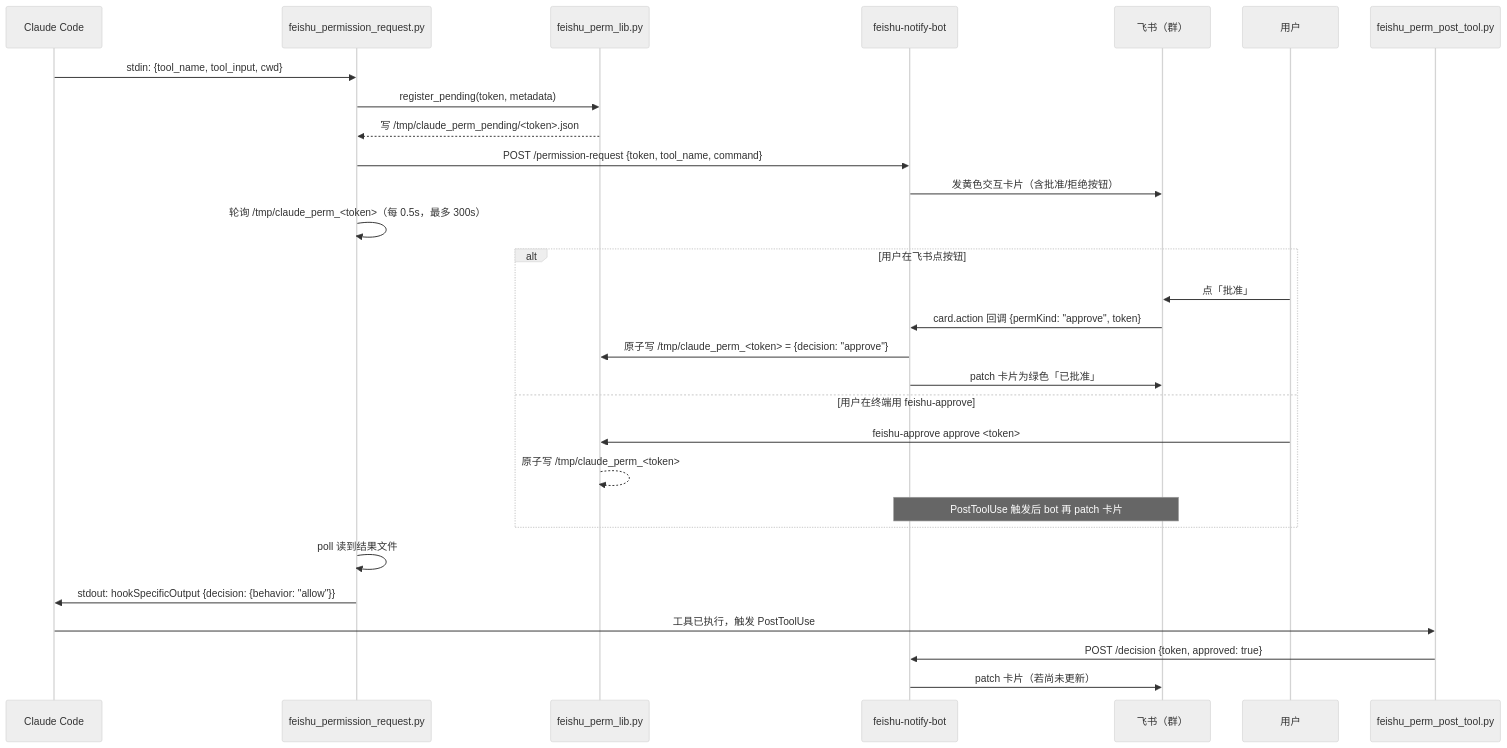
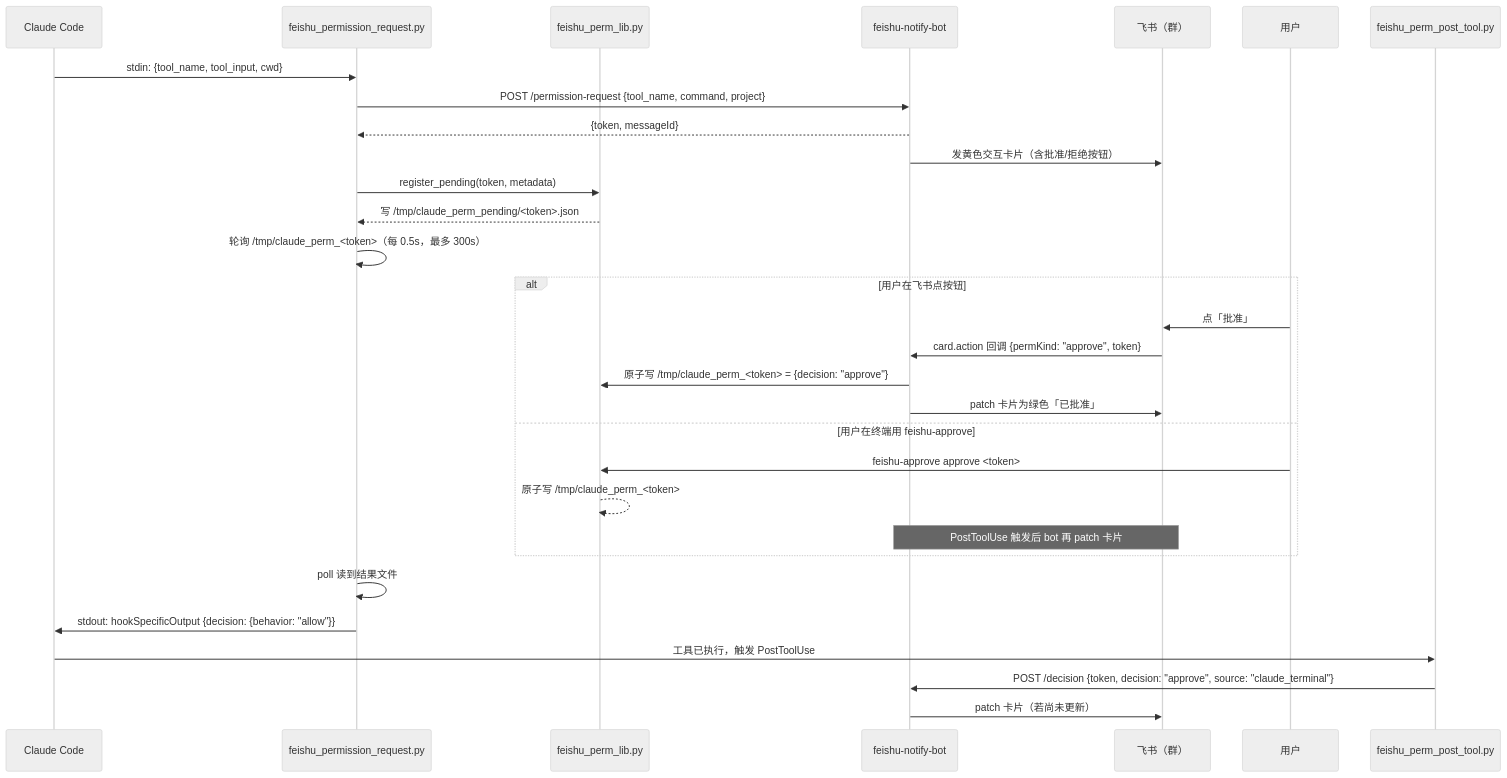
The first of 3 diagrams in feishu-notify/ARCHITECTURE.md (lazyman54/agent-skills), drawn with Mermaid (neutral theme) before and after one commit. The commit also changed other lines of this file, not shown here.

Commit message:
docs: fix ARCHITECTURE.md technical accuracy (token flow, payloads, feishu-approve)

````diff
--- a/feishu-notify/ARCHITECTURE.md
+++ b/feishu-notify/ARCHITECTURE.md
@@ -73,34 +73,35 @@
 ```mermaid
 sequenceDiagram
   participant C as Claude Code
   participant PR as feishu_permission_request.py
   participant LIB as feishu_perm_lib.py
   participant BOT as feishu-notify-bot
   participant F as 飞书（群）
   participant U as 用户
   participant PT as feishu_perm_post_tool.py
 
   C->>PR: stdin: {tool_name, tool_input, cwd}
+  PR->>BOT: POST /permission-request {tool_name, command, project}
+  BOT-->>PR: {token, messageId}
+  BOT->>F: 发黄色交互卡片（含批准/拒绝按钮）
   PR->>LIB: register_pending(token, metadata)
   LIB-->>PR: 写 /tmp/claude_perm_pending/<token>.json
-  PR->>BOT: POST /permission-request {token, tool_name, command}
-  BOT->>F: 发黄色交互卡片（含批准/拒绝按钮）
   PR->>PR: 轮询 /tmp/claude_perm_<token>（每 0.5s，最多 300s）
 
   alt 用户在飞书点按钮
     U->>F: 点「批准」
     F->>BOT: card.action 回调 {permKind: "approve", token}
     BOT->>LIB: 原子写 /tmp/claude_perm_<token> = {decision: "approve"}
     BOT->>F: patch 卡片为绿色「已批准」
   else 用户在终端用 feishu-approve
     U->>LIB: feishu-approve approve <token>
     LIB-->>LIB: 原子写 /tmp/claude_perm_<token>
     Note over BOT,F: PostToolUse 触发后 bot 再 patch 卡片
   end
 
   PR->>PR: poll 读到结果文件
   PR->>C: stdout: hookSpecificOutput {decision: {behavior: "allow"}}
   C->>PT: 工具已执行，触发 PostToolUse
-  PT->>BOT: POST /decision {token, approved: true}
+  PT->>BOT: POST /decision {token, decision: "approve", source: "claude_terminal"}
   BOT->>F: patch 卡片（若尚未更新）
 ```
````
